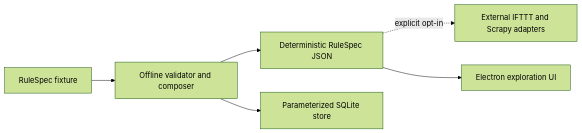
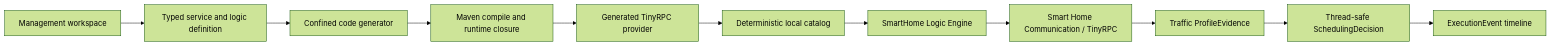
Before and after one commit to David-Lee-11101/SmartHome-Integrated-Logic-Management: the diagram in README.md, drawn with Mermaid (forest theme). The commit also changed other lines of this file and 32 other files, not shown here.

Commit message:
Build integrated smart-home logic management pipeline

````diff
--- a/README.md
+++ b/README.md
@@ -22,8 +31,13 @@
 ```mermaid
 flowchart LR
-    A[RuleSpec fixture] --> B[Offline validator and composer]
-    B --> C[Deterministic RuleSpec JSON]
-    B --> D[Parameterized SQLite store]
-    C -. explicit opt-in .-> E[External IFTTT and Scrapy adapters]
-    C --> F[Electron exploration UI]
+    UI[Management workspace] --> Definition[Typed service and logic definition]
+    Definition --> Generator[Confined code generator]
+    Generator --> Build[Maven compile and runtime closure]
+    Build --> Provider[Generated TinyRPC provider]
+    Provider --> Catalog[Deterministic local catalog]
+    Catalog --> Logic[SmartHome Logic Engine]
+    Logic --> Communication[Smart Home Communication / TinyRPC]
+    Communication --> Profile[Traffic ProfileEvidence]
+    Profile --> Decision[Thread-safe SchedulingDecision]
+    Decision --> Timeline[ExecutionEvent timeline]
 ```
````
